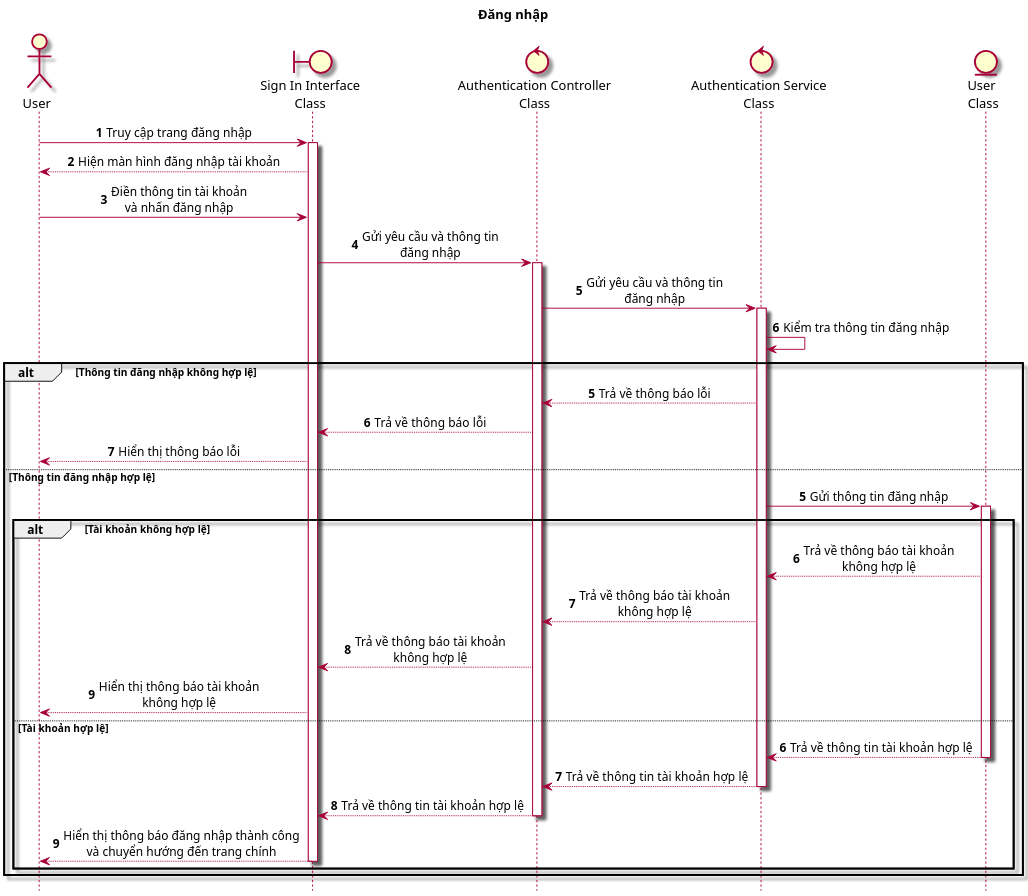
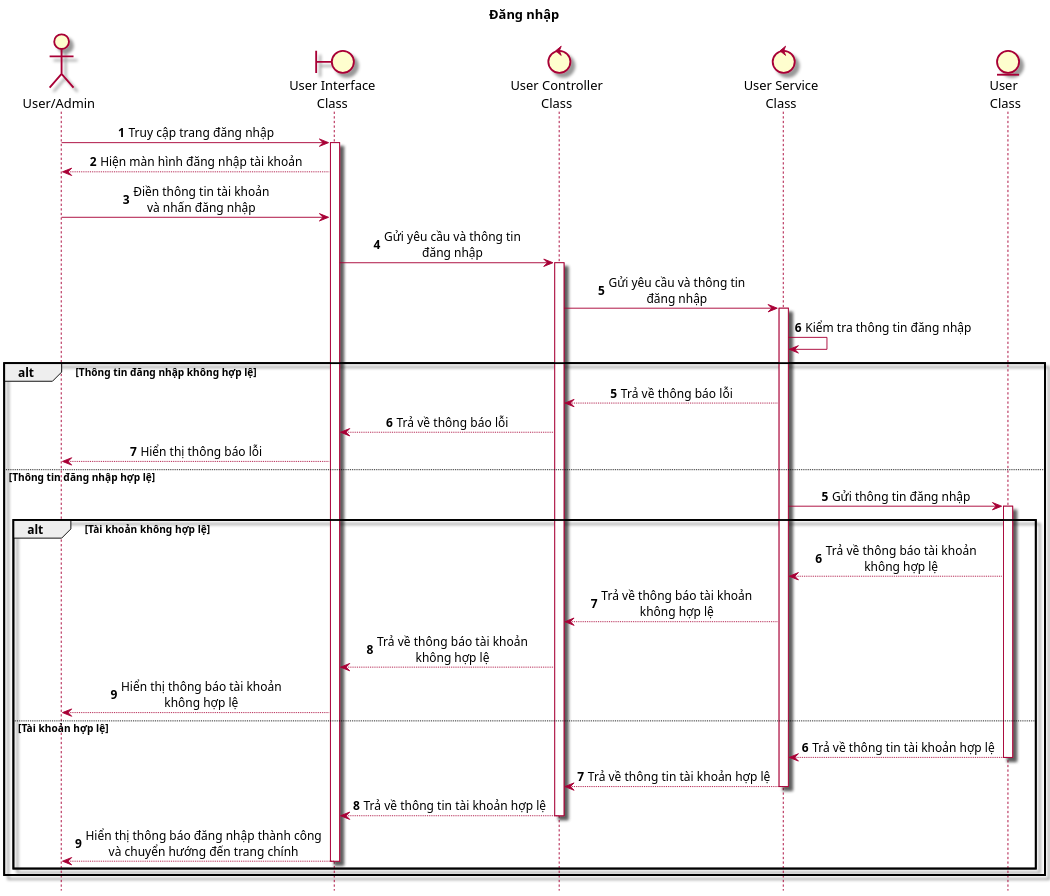
Before and after one commit to Griselda4774/WanderFun_Diagram: the diagram in Sequence/SEQ01_SignIn.puml, drawn with PlantUML. The commit also changed 16 other files, not shown here.

Commit message:
Done Sequence task

```diff
--- a/Sequence/SEQ01_SignIn.puml
+++ b/Sequence/SEQ01_SignIn.puml
@@ -1,64 +1,64 @@
 @startuml SEQ01_SignIn
     title: Đăng nhập
 
     skin rose
     scale 2
     skinparam sequenceMessageAlign center
     hide footbox
 
-    actor "User" as user
-    boundary "Sign In Interface\nClass" as ui
-    control "Authentication Controller\nClass" as ctr
-    control "Authentication Service\nClass" as sv
+    actor "User/Admin" as user
+    boundary "User Interface\nClass" as ui
+    control "User Controller\nClass" as ctr
+    control "User Service\nClass" as sv
     entity "User \nClass" as ent
 
     autonumber
 
     user -> ui: Truy cập trang đăng nhập
     ui ++
     ui --> user: Hiện màn hình đăng nhập tài khoản
     user -> ui: Điền thông tin tài khoản\nvà nhấn đăng nhập
     ui -> ctr: Gửi yêu cầu và thông tin\nđăng nhập
     ctr ++
     ctr -> sv: Gửi yêu cầu và thông tin\nđăng nhập
     sv ++
     sv -> sv: Kiểm tra thông tin đăng nhập
     
     alt Thông tin đăng nhập không hợp lệ
         
         autonumber 5
         sv --> ctr: Trả về thông báo lỗi
         ctr --> ui: Trả về thông báo lỗi
         ui --> user: Hiển thị thông báo lỗi
     
     else Thông tin đăng nhập hợp lệ
         
         autonumber 5
 
         sv -> ent: Gửi thông tin đăng nhập
         ent ++
 
         alt Tài khoản không hợp lệ
 
             autonumber 6
 
             ent --> sv: Trả về thông báo tài khoản\nkhông hợp lệ
             sv --> ctr: Trả về thông báo tài khoản\nkhông hợp lệ
             ctr --> ui: Trả về thông báo tài khoản\nkhông hợp lệ
             ui --> user: Hiển thị thông báo tài khoản\nkhông hợp lệ
         
         else Tài khoản hợp lệ
             
             autonumber 6
 
             ent --> sv: Trả về thông tin tài khoản hợp lệ
             ent --
             sv --> ctr: Trả về thông tin tài khoản hợp lệ
             sv --
             ctr --> ui: Trả về thông tin tài khoản hợp lệ
             ctr --
             ui --> user: Hiển thị thông báo đăng nhập thành công\nvà chuyển hướng đến trang chính
             ui --
         end
     end
 @enduml
```
